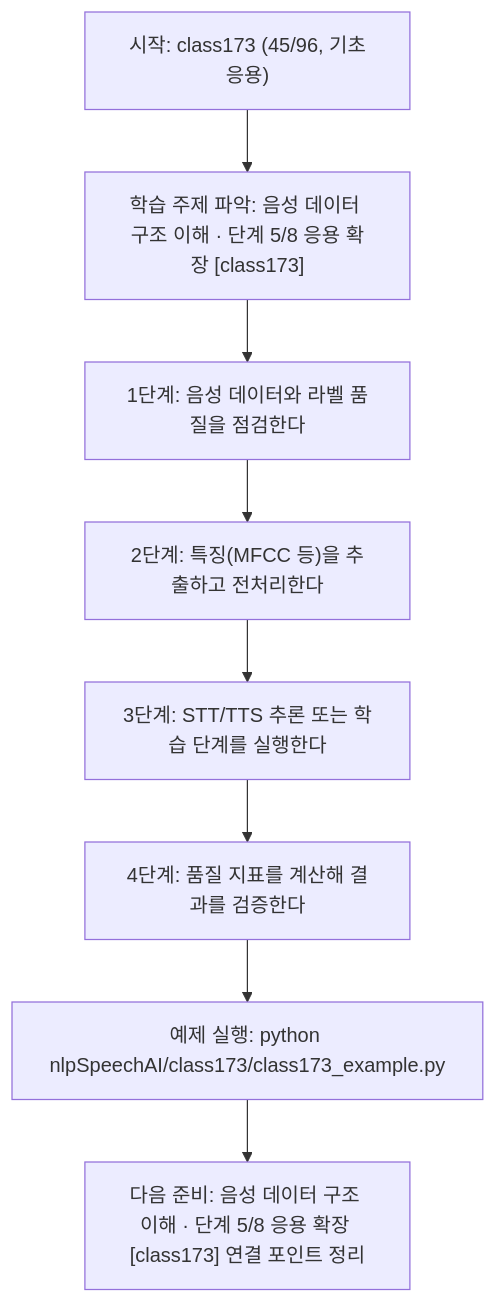
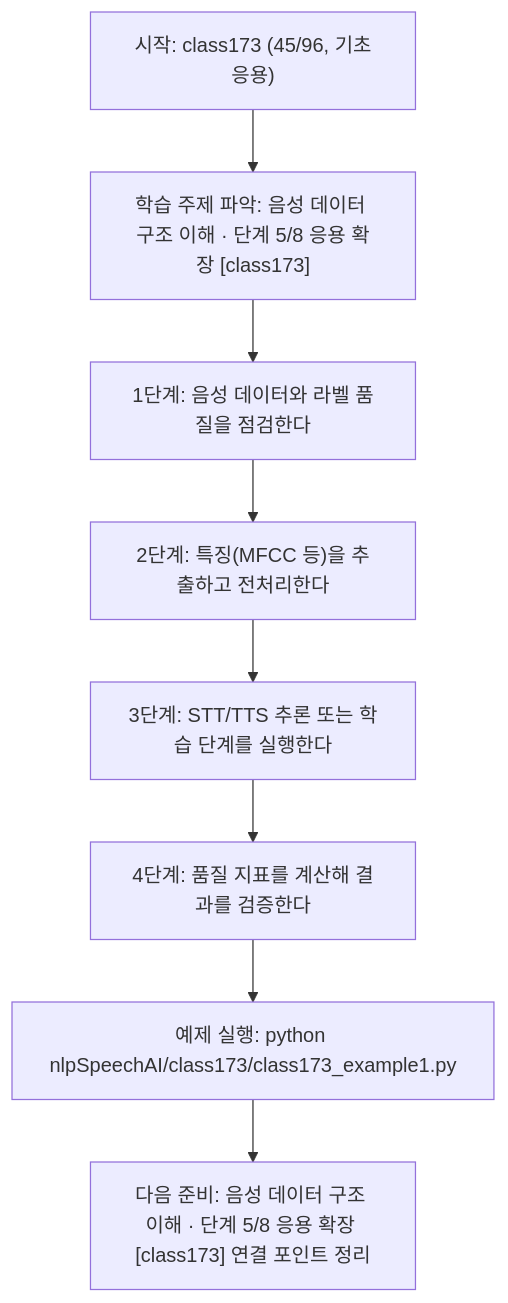
Before and after one commit to edumgt/Python-AI_Agent-Class: the diagram in nlpSpeechAI/class173/class173.md, drawn with Mermaid. The commit also changed other lines of this file and 2959 other files, not shown here.

````diff
--- a/nlpSpeechAI/class173/class173.md
+++ b/nlpSpeechAI/class173/class173.md
@@ -115,18 +115,18 @@
 ```mermaid
 flowchart TD
 N1["시작: class173 (45/96, 기초응용)"]
 N2["학습 주제 파악: 음성 데이터 구조 이해 · 단계 5/8 응용 확장 [class173]"]
 N3["1단계: 음성 데이터와 라벨 품질을 점검한다"]
 N4["2단계: 특징(MFCC 등)을 추출하고 전처리한다"]
 N5["3단계: STT/TTS 추론 또는 학습 단계를 실행한다"]
 N6["4단계: 품질 지표를 계산해 결과를 검증한다"]
-N7["예제 실행: python nlpSpeechAI/class173/class173_example.py"]
+N7["예제 실행: python nlpSpeechAI/class173/class173_example1.py"]
 N8["다음 준비: 음성 데이터 구조 이해 · 단계 5/8 응용 확장 [class173] 연결 포인트 정리"]
 N1 --> N2
 N2 --> N3
 N3 --> N4
 N4 --> N5
 N5 --> N6
 N6 --> N7
 N7 --> N8
 ```
````
